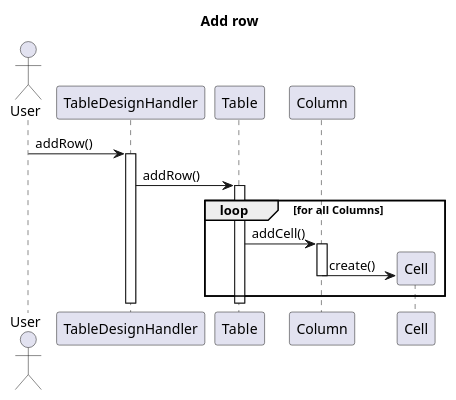
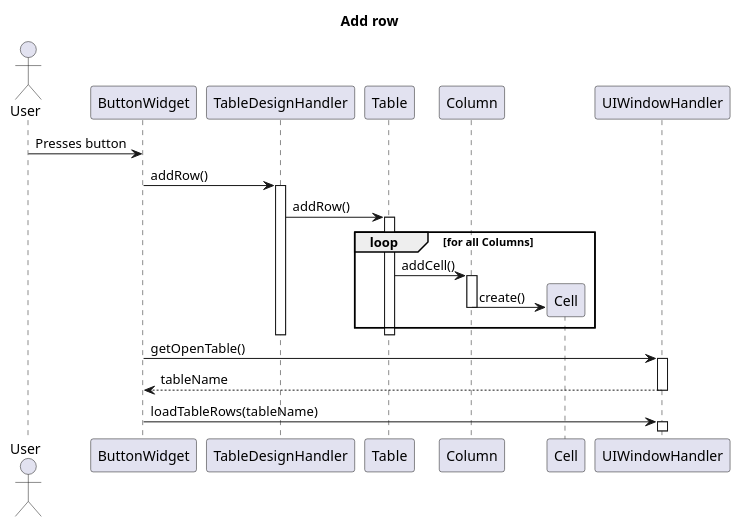
The diagram in diagrams/interactionDiagrams/addRow.puml (Bhamoss/softwareOntwerpProject), drawn with PlantUML before and after one commit. The commit also changed 12 other files, not shown here.

Commit message:
diagrams

```diff
--- a/diagrams/interactionDiagrams/addRow.puml
+++ b/diagrams/interactionDiagrams/addRow.puml
@@ -1,19 +1,27 @@
 @startuml
 title Add row
 Actor User
 
-User -> TableDesignHandler: addRow()
+User->ButtonWidget: Presses button
+
+ButtonWidget -> TableDesignHandler: addRow()
 activate TableDesignHandler
 TableDesignHandler -> Table: addRow()
 activate Table
 loop for all Columns
     Table -> Column: addCell()
     activate Column
     create Cell
     Column -> Cell: create()
     deactivate Column
 end
 deactivate Table
 deactivate TableDesignHandler
+ButtonWidget -> UIWindowHandler: getOpenTable()
+activate UIWindowHandler
+ButtonWidget <-- UIWindowHandler: tableName
+deactivate
+ButtonWidget -> UIWindowHandler: loadTableRows(tableName)
+activate UIWindowHandler
 
 @enduml
```
